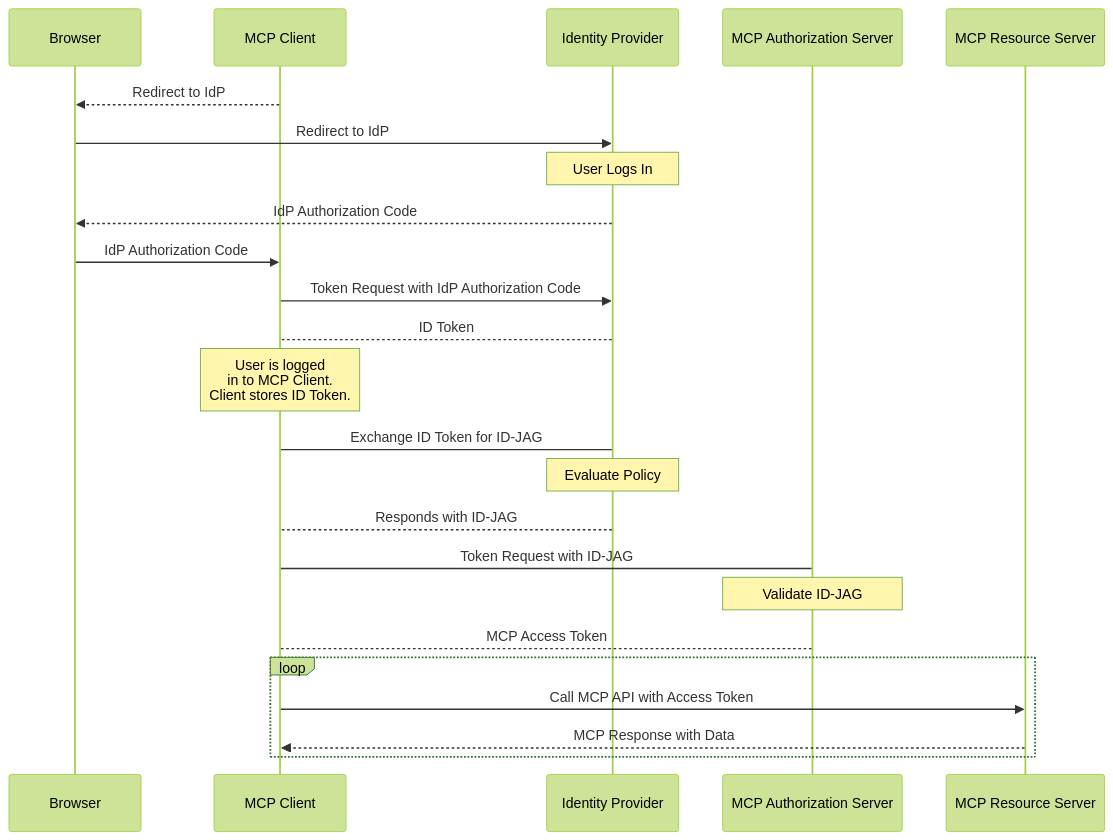
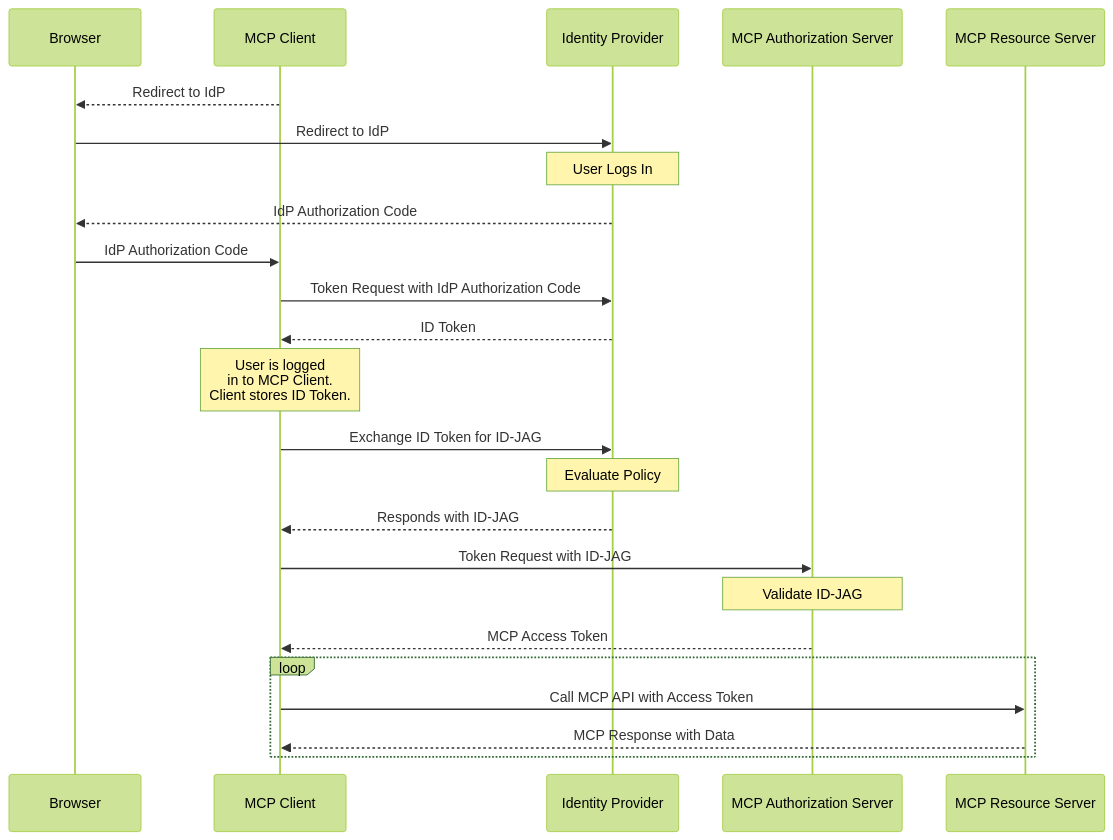
One commit to modelcontextprotocol/specification changed the diagram in docs/specification/draft/basic/enterprise.mdx. Above: the diagram before and after it, drawn with Mermaid (forest theme).

Commit message:
fix arrows in mermaid diagram

````diff
--- a/docs/specification/draft/basic/enterprise.mdx
+++ b/docs/specification/draft/basic/enterprise.mdx
@@ -50,30 +50,30 @@
 ```mermaid
 sequenceDiagram
     participant UA as Browser
     participant C as MCP Client
     participant IdP as Identity Provider
     participant MAS as MCP Authorization Server
     participant MRS as MCP Resource Server
 
     C-->>UA: Redirect to IdP
     UA->>IdP: Redirect to IdP
     Note over IdP: User Logs In
     IdP-->>UA: IdP Authorization Code
     UA->>C: IdP Authorization Code
     C->>IdP: Token Request with IdP Authorization Code
-    IdP-->C: ID Token
+    IdP-->>C: ID Token
 
     note over C: User is logged<br/>in to MCP Client.<br/>Client stores ID Token.
 
-    C->IdP: Exchange ID Token for ID-JAG
+    C->>IdP: Exchange ID Token for ID-JAG
     note over IdP: Evaluate Policy
-    IdP-->C: Responds with ID-JAG
-    C->MAS: Token Request with ID-JAG
+    IdP-->>C: Responds with ID-JAG
+    C->>MAS: Token Request with ID-JAG
     note over MAS: Validate ID-JAG
-    MAS-->C: MCP Access Token
+    MAS-->>C: MCP Access Token
 
     loop
     C->>MRS: Call MCP API with Access Token
     MRS-->>C: MCP Response with Data
     end
 ```
````
